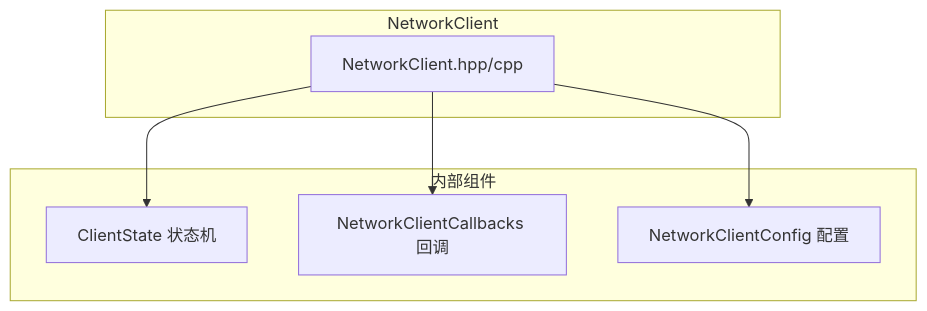
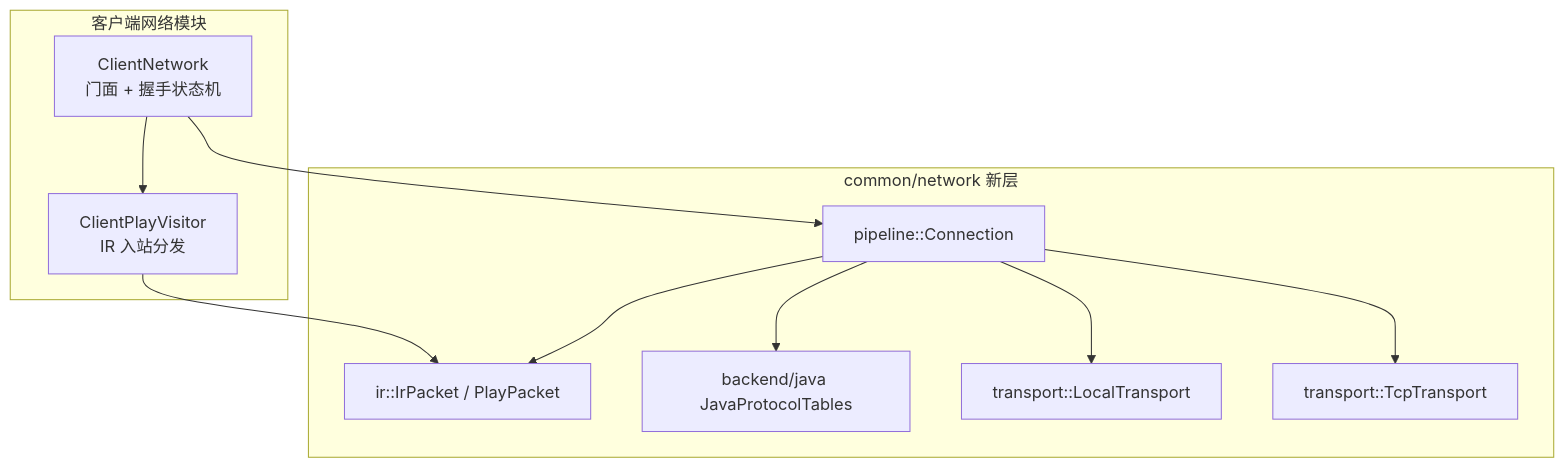
Before and after one commit to g122622/Cubium: the diagram in src/client/network/README.md, drawn with Mermaid. The commit also changed other lines of this file and 56 other files, not shown here.

````diff
--- a/src/client/network/README.md
+++ b/src/client/network/README.md
@@ -15,16 +17,23 @@
 ```mermaid
 graph TB
-    subgraph "NetworkClient"
-        NC[NetworkClient.hpp/cpp]
+    subgraph "客户端网络模块"
+        CN[ClientNetwork<br/>门面 + 握手状态机]
+        CPV[ClientPlayVisitor<br/>IR 入站分发]
     end
 
-    subgraph "内部组件"
-        State[ClientState 状态机]
-        Callbacks[NetworkClientCallbacks 回调]
-        Config[NetworkClientConfig 配置]
+    subgraph "common/network 新层"
+        Conn[pipeline::Connection]
+        IR[ir::IrPacket / PlayPacket]
+        Tables[backend/java JavaProtocolTables]
+        Local[transport::LocalTransport]
+        Tcp[transport::TcpTransport]
     end
 
-    NC --> State
-    NC --> Callbacks
-    NC --> Config
+    CN --> Conn
+    Conn --> IR
+    Conn --> Tables
+    Conn --> Local
+    Conn --> Tcp
+    CN --> CPV
+    CPV --> IR
 ```
````
